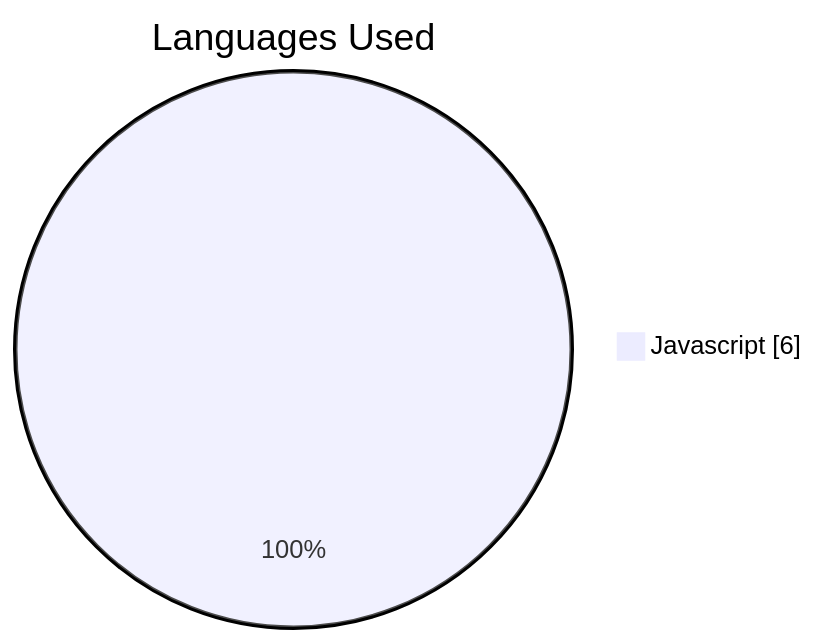
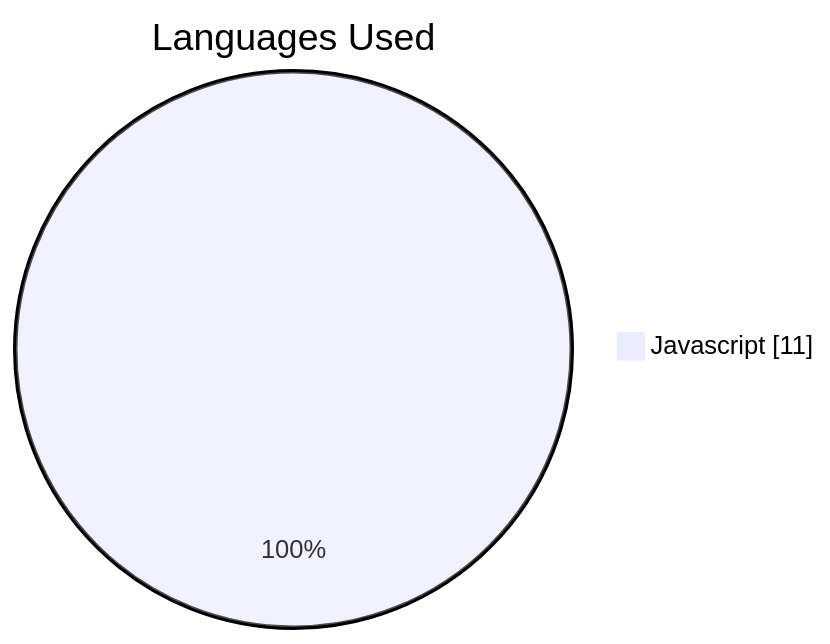
The second of 6 diagrams in README.md (JakubPawinski/gitcode-solutions), drawn with Mermaid before and after one commit. The commit also changed other lines of this file, not shown here.

````diff
--- a/README.md
+++ b/README.md
@@ -122,5 +125,5 @@
 ```mermaid
 pie showData
     title Languages Used
-    "Javascript" : 6
+    "Javascript" : 11
 ```
````
